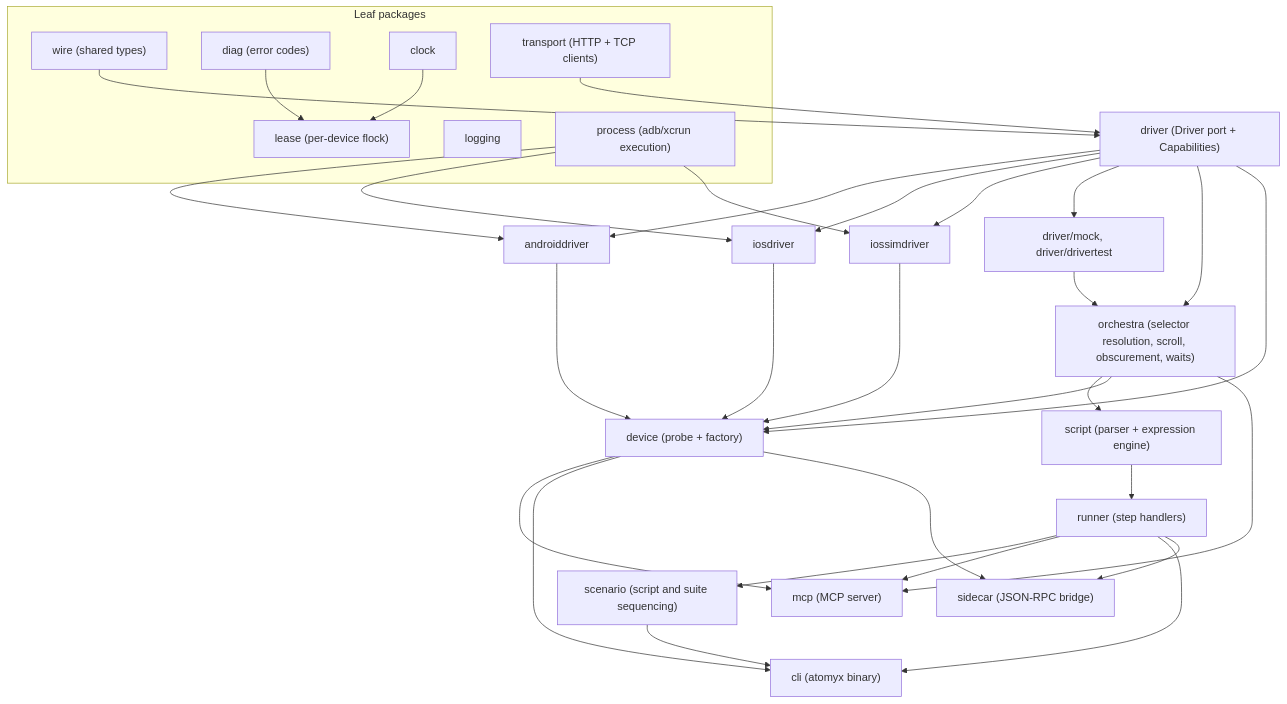
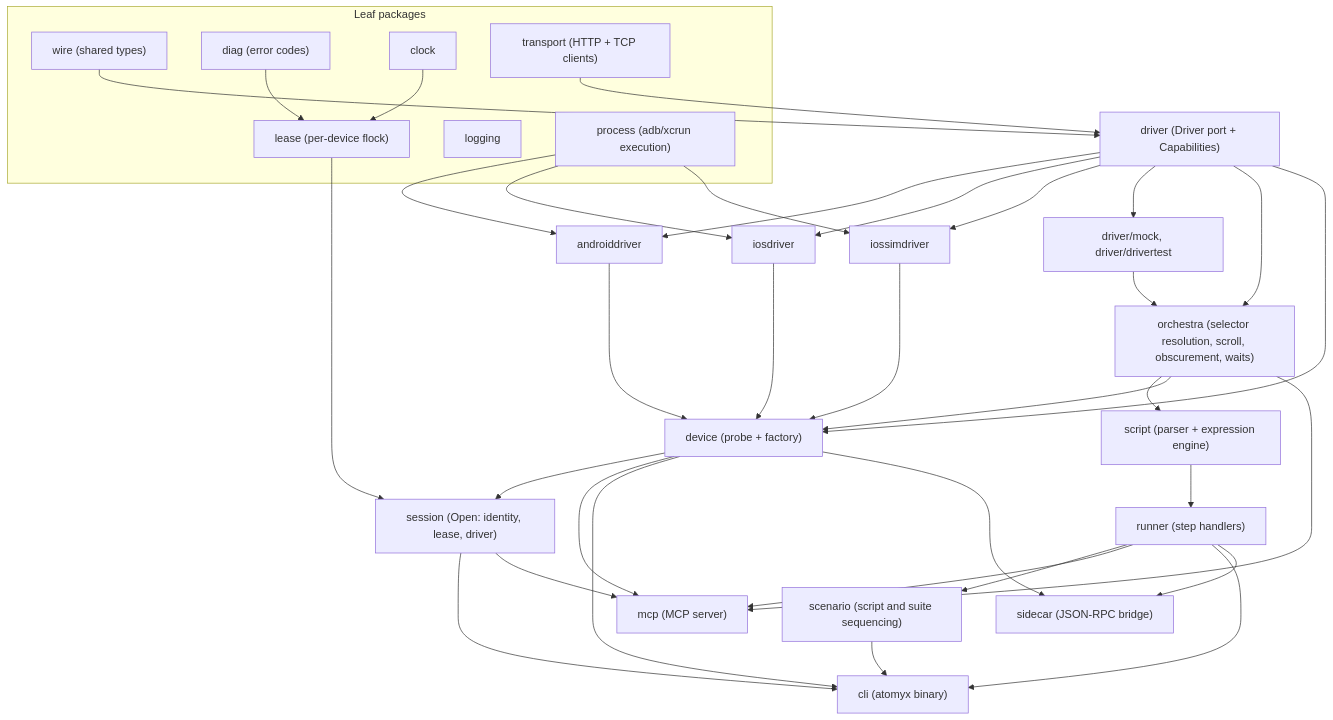
One commit to solrum/atomyx changed the diagram in .claude/docs/architecture.md. Above: the diagram before and after it, drawn with Mermaid. The commit also changed other lines of this file and 33 other files, not shown here.

````diff
--- a/.claude/docs/architecture.md
+++ b/.claude/docs/architecture.md
@@ -32,58 +32,63 @@
 ```mermaid
 flowchart TB
     subgraph leaves["Leaf packages"]
         wire["wire (shared types)"]
         diag["diag (error codes)"]
         clock["clock"]
         lease["lease (per-device flock)"]
         logging["logging"]
         transport["transport (HTTP + TCP clients)"]
         process["process (adb/xcrun execution)"]
     end
 
     driver["driver (Driver port + Capabilities)"]
     drivermock["driver/mock, driver/drivertest"]
     androiddriver["androiddriver"]
     iosdriver["iosdriver"]
     iossimdriver["iossimdriver"]
     orchestra["orchestra (selector resolution, scroll, obscurement, waits)"]
     script["script (parser + expression engine)"]
     runner["runner (step handlers)"]
     scenario["scenario (script and suite sequencing)"]
     device["device (probe + factory)"]
+    session["session (Open: identity, lease, driver)"]
 
     mcp["mcp (MCP server)"]
     cli["cli (atomyx binary)"]
     sidecar["sidecar (JSON-RPC bridge)"]
 
     diag --> lease
     clock --> lease
     wire --> driver
     transport --> driver
     driver --> androiddriver
     driver --> iosdriver
     driver --> iossimdriver
     process --> androiddriver
     process --> iosdriver
     process --> iossimdriver
     driver --> drivermock
     driver --> orchestra
     drivermock --> orchestra
     orchestra --> script
     script --> runner
     runner --> scenario
     driver --> device
     androiddriver --> device
     iosdriver --> device
     iossimdriver --> device
     orchestra --> device
+    device --> session
+    lease --> session
+    session --> cli
+    session --> mcp
 
     orchestra --> mcp
     runner --> mcp
     device --> mcp
     runner --> cli
     device --> cli
     scenario --> cli
     device --> sidecar
     runner --> sidecar
 ```
````
